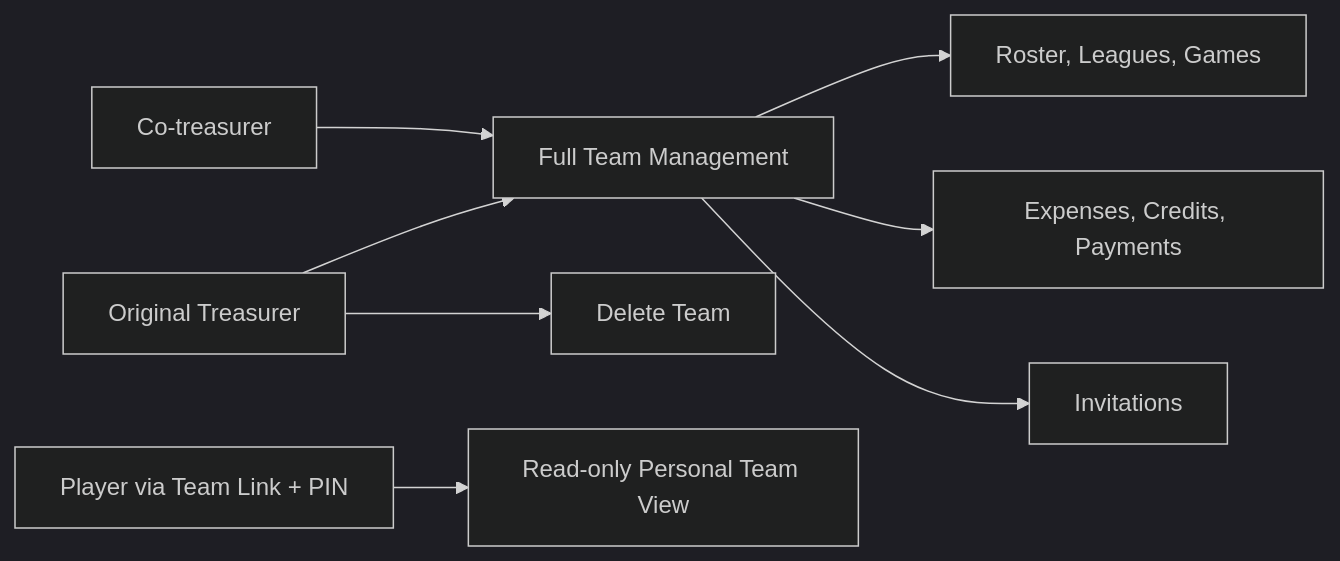
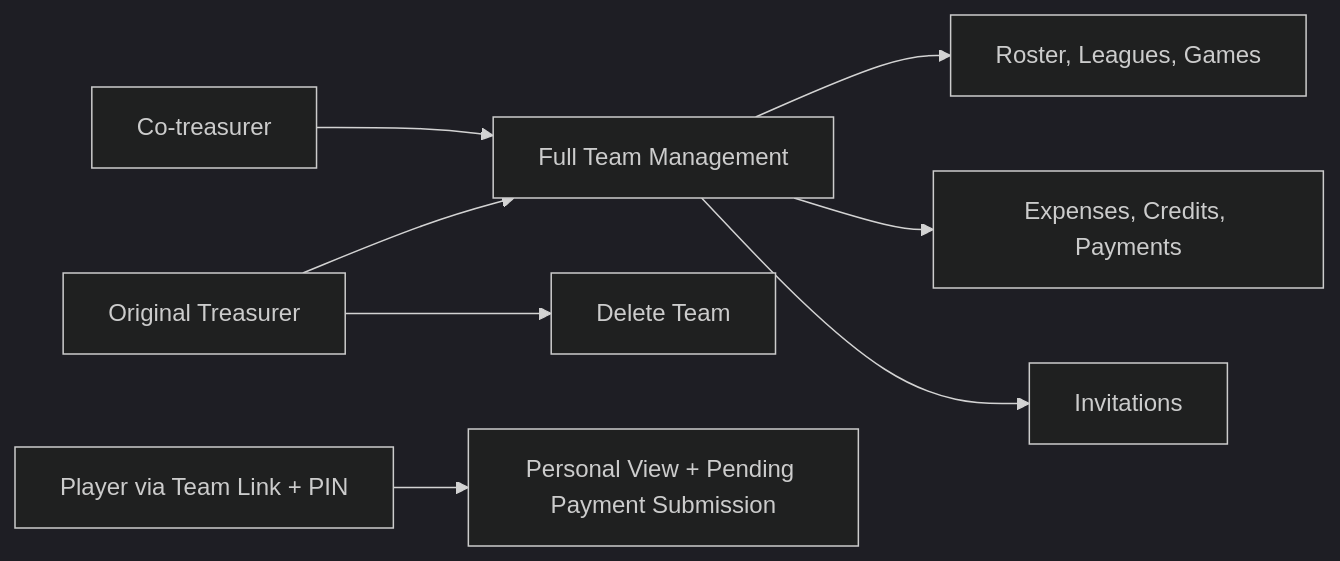
The third of 4 diagrams in docs/HLD.md (SaiduM/WicketSplit), drawn with Mermaid (dark theme) before and after one commit. The commit also changed other lines of this file and 7 other files, not shown here.

Commit message:
Add player settlement payment submissions

````diff
--- a/docs/HLD.md
+++ b/docs/HLD.md
@@ -94,11 +94,11 @@
 ```mermaid
 flowchart LR
     Owner["Original Treasurer"] --> Full["Full Team Management"]
     Co["Co-treasurer"] --> Full
-    Member["Player via Team Link + PIN"] --> Limited["Read-only Personal Team View"]
+    Member["Player via Team Link + PIN"] --> Limited["Personal View + Pending Payment Submission"]
 
     Full --> Setup["Roster, Leagues, Games"]
     Full --> Finance["Expenses, Credits, Payments"]
     Full --> Invites["Invitations"]
     Owner --> Delete["Delete Team"]
 ```
````
